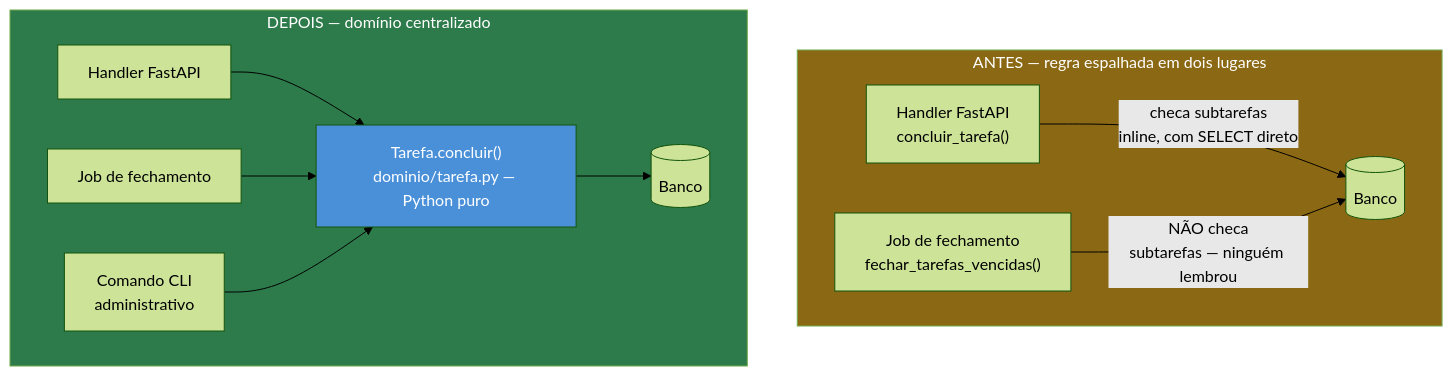
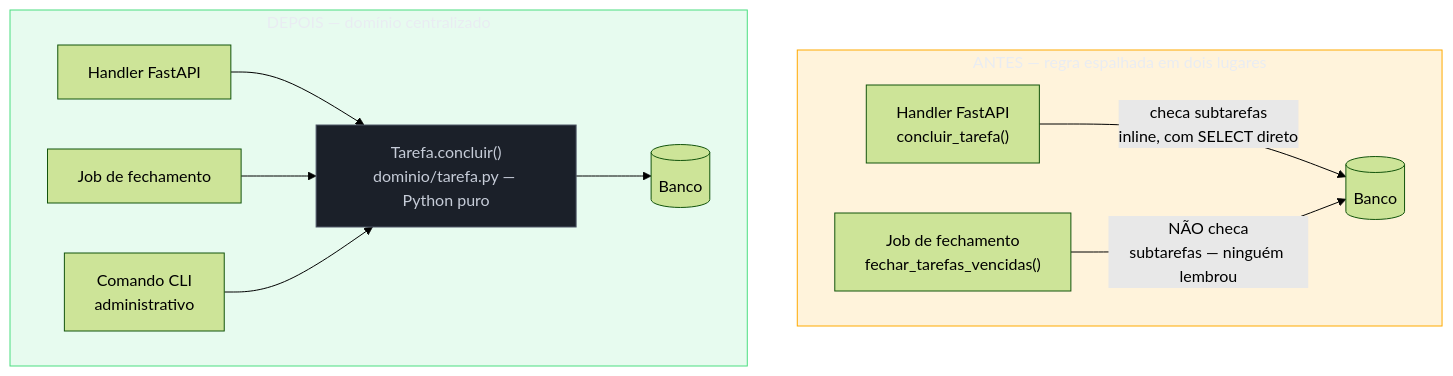
Before and after one commit to josenaldo/codex-technomanticus: the second of 2 diagrams in 03-Dominios/Tecnologia/Python/Arquitetura e Design Patterns/02 - Domain modeling — separando a lógica de negócio do framework.md, drawn with Mermaid (forest theme). The commit also changed other lines of this file and 1181 other files, not shown here.

First line of the commit message:
fix(diagramas): paleta do sistema no lugar de cor cravada no markdown

````diff
--- a/03-Dominios/Tecnologia/Python/Arquitetura e Design Patterns/02 - Domain modeling — separando a lógica de negócio do framework.md
+++ b/03-Dominios/Tecnologia/Python/Arquitetura e Design Patterns/02 - Domain modeling — separando a lógica de negócio do framework.md
@@ -296,19 +298,22 @@
 ```mermaid
 flowchart TB
+    classDef destaque fill:#FFAA0024,stroke:#FFAA00,color:#E9ECF2
+    classDef ok fill:#4ADE8021,stroke:#4ADE80,color:#E9ECF2
+    classDef neutro fill:#1B2029,stroke:#4E5666,color:#C6CCD8
     subgraph Antes["ANTES — regra espalhada em dois lugares"]
         H1["Handler FastAPI\nconcluir_tarefa()"] -->|"checa subtarefas\ninline, com SELECT direto"| DB1[("Banco")]
         J1["Job de fechamento\nfechar_tarefas_vencidas()"] -->|"NÃO checa\nsubtarefas — ninguém lembrou"| DB1
     end
 
     subgraph Depois["DEPOIS — domínio centralizado"]
         DOM["Tarefa.concluir()\ndominio/tarefa.py — Python puro"]
         H2["Handler FastAPI"] --> DOM
         J2["Job de fechamento"] --> DOM
         CLI["Comando CLI\nadministrativo"] --> DOM
         DOM --> DB2[("Banco")]
     end
 
-    style Antes fill:#8b6914,color:#fff
-    style Depois fill:#2d7a4a,color:#fff
-    style DOM fill:#4A90D9,color:#fff
+    class Antes destaque
+    class Depois ok
+    class DOM neutro
 ```
````
